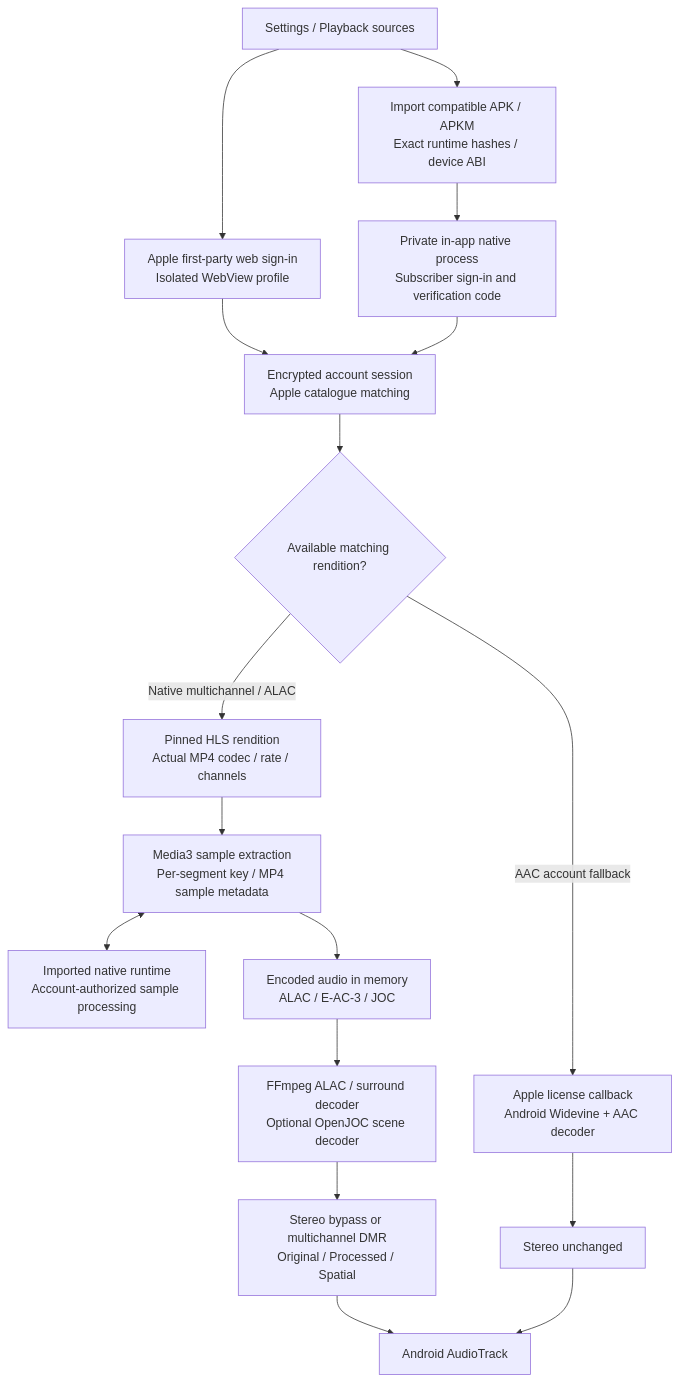
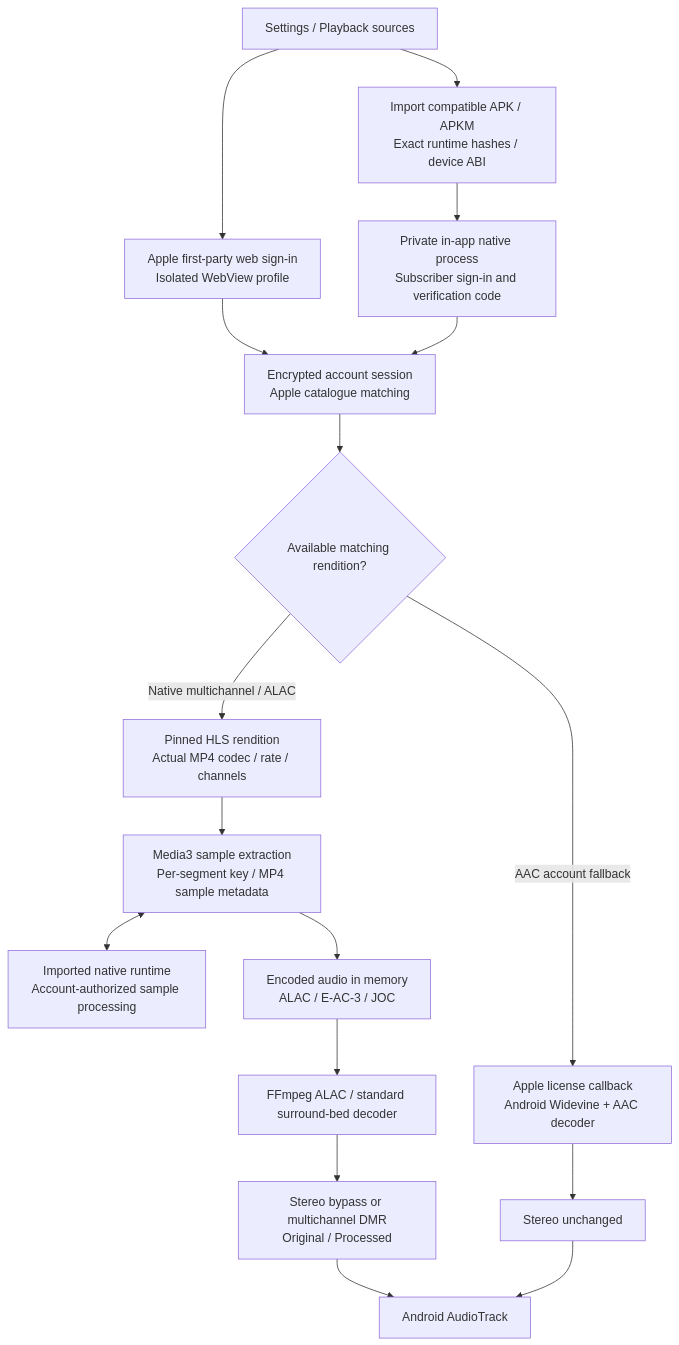
The third of 4 diagrams in README.md (Pradyumna-RN/omni_play), drawn with Mermaid before and after one commit. The commit also changed other lines of this file and 33 other files, not shown here.

Commit message:
Use standard surround bed and original DMR in Music

````diff
--- a/README.md
+++ b/README.md
@@ -128,19 +125,19 @@
 ```mermaid
 flowchart TB
     SETTINGS["Settings / Playback sources"] --> WEB["Apple first-party web sign-in<br/>Isolated WebView profile"]
     SETTINGS --> IMPORT["Import compatible APK / APKM<br/>Exact runtime hashes / device ABI"]
     IMPORT --> NATIVE["Private in-app native process<br/>Subscriber sign-in and verification code"]
     WEB --> SESSION["Encrypted account session<br/>Apple catalogue matching"]
     NATIVE --> SESSION
     SESSION --> CHOICE{"Available matching rendition?"}
     CHOICE -->|"Native multichannel / ALAC"| HLS["Pinned HLS rendition<br/>Actual MP4 codec / rate / channels"]
     HLS --> DEMUX["Media3 sample extraction<br/>Per-segment key / MP4 sample metadata"]
     DEMUX <--> SDK["Imported native runtime<br/>Account-authorized sample processing"]
     DEMUX --> CLEAR["Encoded audio in memory<br/>ALAC / E-AC-3 / JOC"]
-    CLEAR --> DECODE["FFmpeg ALAC / surround decoder<br/>Optional OpenJOC scene decoder"]
-    DECODE --> PCM["Stereo bypass or multichannel DMR<br/>Original / Processed / Spatial"]
+    CLEAR --> DECODE["FFmpeg ALAC / standard surround-bed decoder"]
+    DECODE --> PCM["Stereo bypass or multichannel DMR<br/>Original / Processed"]
     CHOICE -->|"AAC account fallback"| DRM["Apple license callback<br/>Android Widevine + AAC decoder"]
     DRM --> STEREO["Stereo unchanged"]
     PCM --> OUT["Android AudioTrack"]
     STEREO --> OUT
 ```
````
